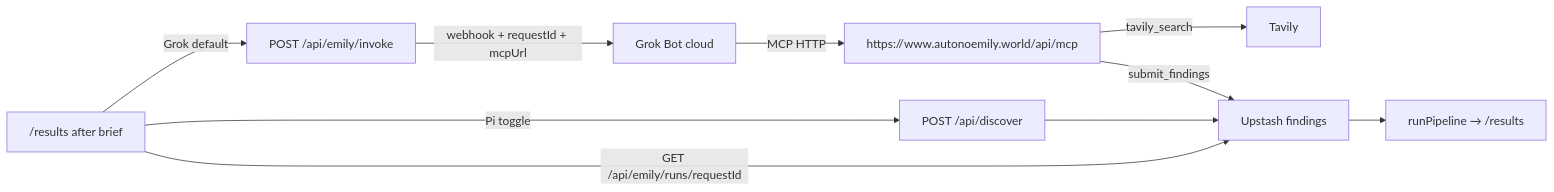
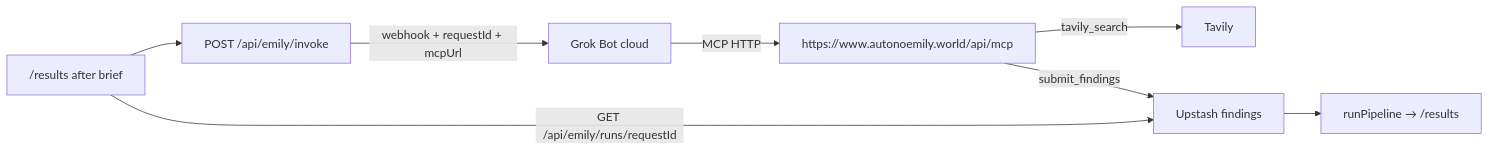
The diagram in docs/SPEC-nextjs-invoke-grok-bot.md (mbanerjeepalmer/autonomous-emily), drawn with Mermaid before and after one commit. The commit also changed other lines of this file and 30 other files, not shown here.

````diff
--- a/docs/SPEC-nextjs-invoke-grok-bot.md
+++ b/docs/SPEC-nextjs-invoke-grok-bot.md
@@ -29,12 +28,10 @@
 ```mermaid
 flowchart LR
-  UI["/results after brief"] -->|Grok default| Invoke
-  UI -->|Pi toggle| Discover["POST /api/discover"]
+  UI["/results after brief"] --> Invoke
   Invoke["POST /api/emily/invoke"] -->|webhook + requestId + mcpUrl| Bot[Grok Bot cloud]
   Bot -->|MCP HTTP| MCP["https://www.autonoemily.world/api/mcp"]
   MCP -->|tavily_search| Tavily
   MCP -->|submit_findings| Store[Upstash findings]
-  Discover --> Store
   Store --> Pipeline["runPipeline → /results"]
   UI -->|GET /api/emily/runs/requestId| Store
 ```
````
